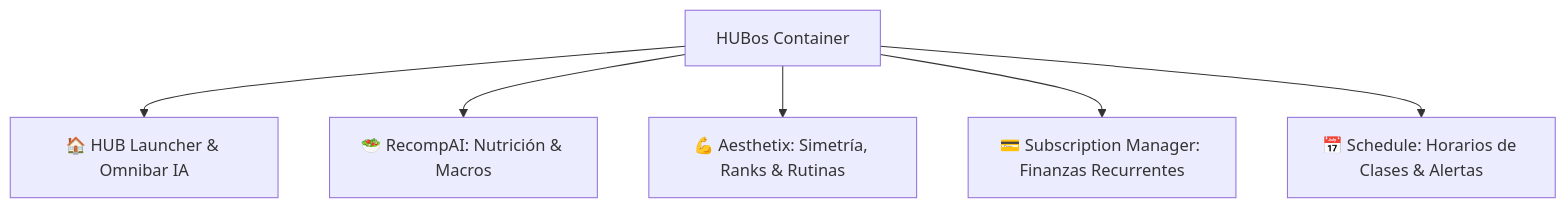
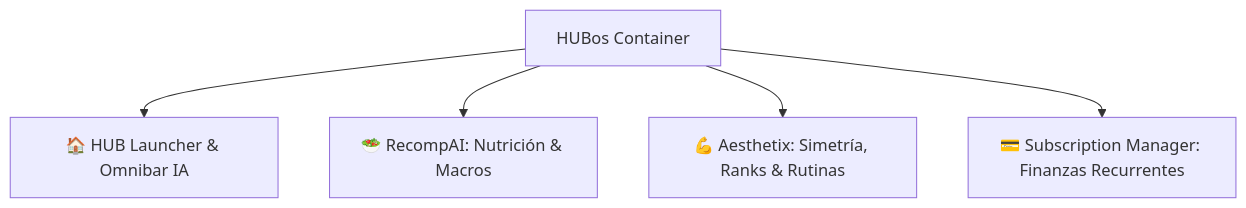
The diagram in HUBos.md (Mofn23/HUBos), drawn with Mermaid before and after one commit. The commit also changed other lines of this file and 3 other files, not shown here.

````diff
--- a/HUBos.md
+++ b/HUBos.md
@@ -40,8 +40,7 @@
 ```mermaid
 graph TD
     HUBos[HUBos Container] --> Launcher[🏠 HUB Launcher & Omnibar IA]
     HUBos --> Recomp[🥗 RecompAI: Nutrición & Macros]
     HUBos --> Aesthetix[💪 Aesthetix: Simetría, Ranks & Rutinas]
     HUBos --> Subs[💳 Subscription Manager: Finanzas Recurrentes]
-    HUBos --> Schedule[📅 Schedule: Horarios de Clases & Alertas]
 ```
````
